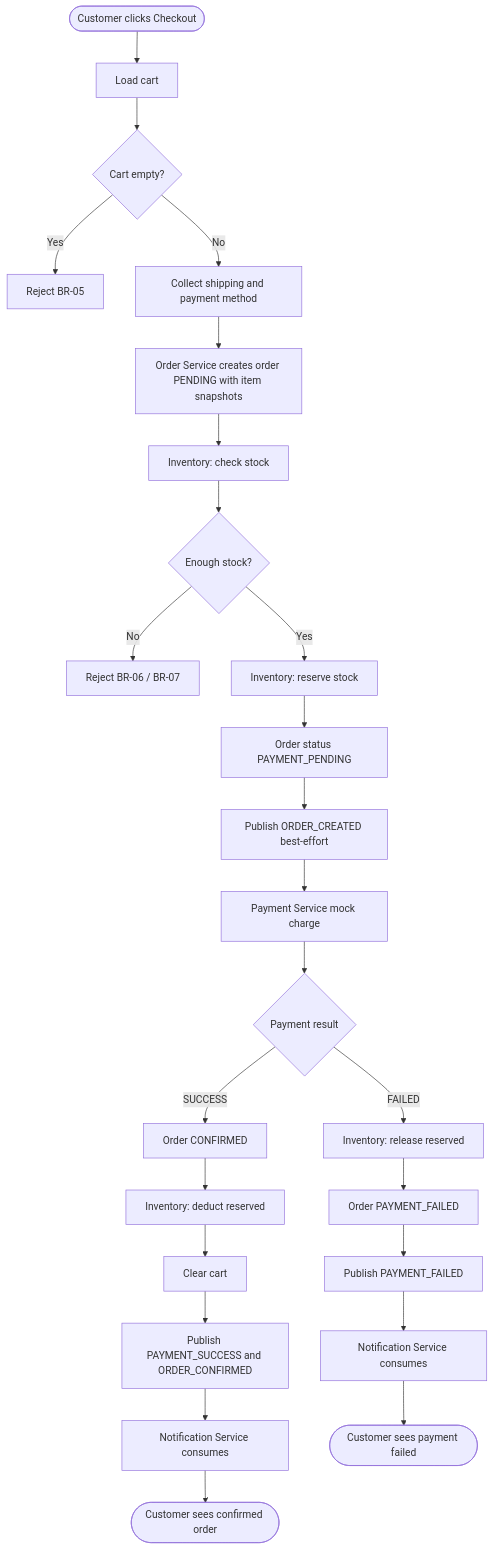
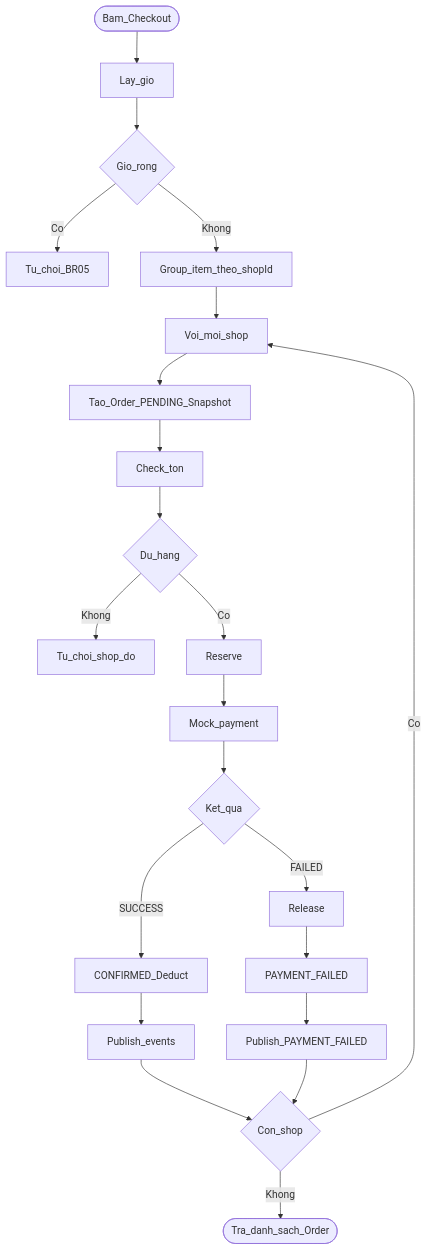
One commit to trinhvanhai1994/GTVT_ecommerce changed the fifth of 5 diagrams in docs/05-bpmn.md. Above: the diagram before and after it, drawn with Mermaid. The commit also changed other lines of this file and 35 other files, not shown here.

````diff
--- a/docs/05-bpmn.md
+++ b/docs/05-bpmn.md
@@ -101,27 +99,24 @@
 ```mermaid
 flowchart TD
-  Start([Customer clicks Checkout]) --> Cart[Load cart]
-  Cart --> Empty{Cart empty?}
-  Empty -->|Yes| StopEmpty[Reject BR-05]
-  Empty -->|No| Ship[Collect shipping and payment method]
-  Ship --> Create[Order Service creates order PENDING with item snapshots]
-  Create --> Check[Inventory: check stock]
-  Check --> Enough{Enough stock?}
-  Enough -->|No| StopStock[Reject BR-06 / BR-07]
-  Enough -->|Yes| Reserve[Inventory: reserve stock]
-  Reserve --> PendPay[Order status PAYMENT_PENDING]
-  PendPay --> Pub1[Publish ORDER_CREATED best-effort]
-  Pub1 --> Pay[Payment Service mock charge]
-  Pay --> Result{Payment result}
-  Result -->|SUCCESS| Confirm[Order CONFIRMED]
-  Confirm --> Deduct[Inventory: deduct reserved]
-  Deduct --> Clear[Clear cart]
-  Clear --> Pub2[Publish PAYMENT_SUCCESS and ORDER_CONFIRMED]
-  Pub2 --> NotifOk[Notification Service consumes]
-  NotifOk --> EndOk([Customer sees confirmed order])
-  Result -->|FAILED| Release[Inventory: release reserved]
-  Release --> FailOrd[Order PAYMENT_FAILED]
-  FailOrd --> Pub3[Publish PAYMENT_FAILED]
-  Pub3 --> NotifFail[Notification Service consumes]
-  NotifFail --> EndFail([Customer sees payment failed])
+  startCo([Bam_Checkout]) --> getCart[Lay_gio]
+  getCart --> empty{Gio_rong}
+  empty -->|Co| rejectEmpty[Tu_choi_BR05]
+  empty -->|Khong| group[Group_item_theo_shopId]
+  group --> loop[Voi_moi_shop]
+  loop --> createOrd[Tao_Order_PENDING_Snapshot]
+  createOrd --> checkInv[Check_ton]
+  checkInv --> enough{Du_hang}
+  enough -->|Khong| rejectStock[Tu_choi_shop_do]
+  enough -->|Co| reserve[Reserve]
+  reserve --> charge[Mock_payment]
+  charge --> payResult{Ket_qua}
+  payResult -->|SUCCESS| confirm[CONFIRMED_Deduct]
+  confirm --> pubOk[Publish_events]
+  payResult -->|FAILED| release[Release]
+  release --> failOrd[PAYMENT_FAILED]
+  failOrd --> pubFail[Publish_PAYMENT_FAILED]
+  pubOk --> moreShop{Con_shop}
+  pubFail --> moreShop
+  moreShop -->|Co| loop
+  moreShop -->|Khong| done([Tra_danh_sach_Order])
 ```
````
